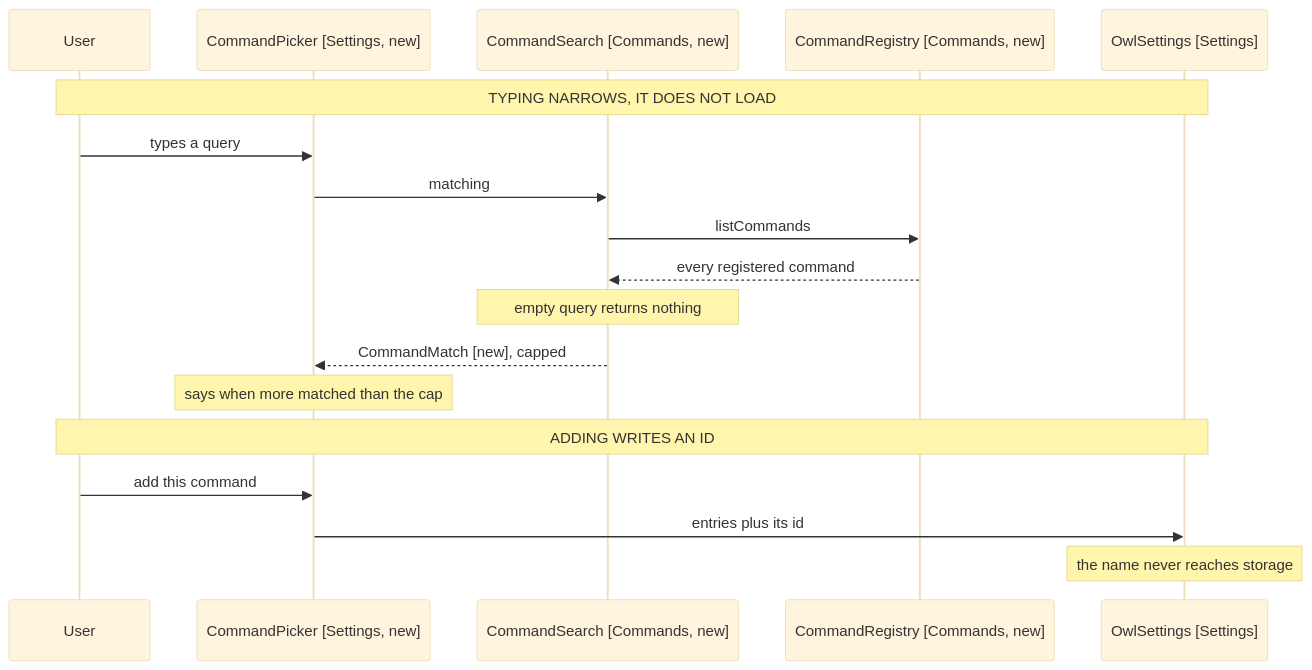
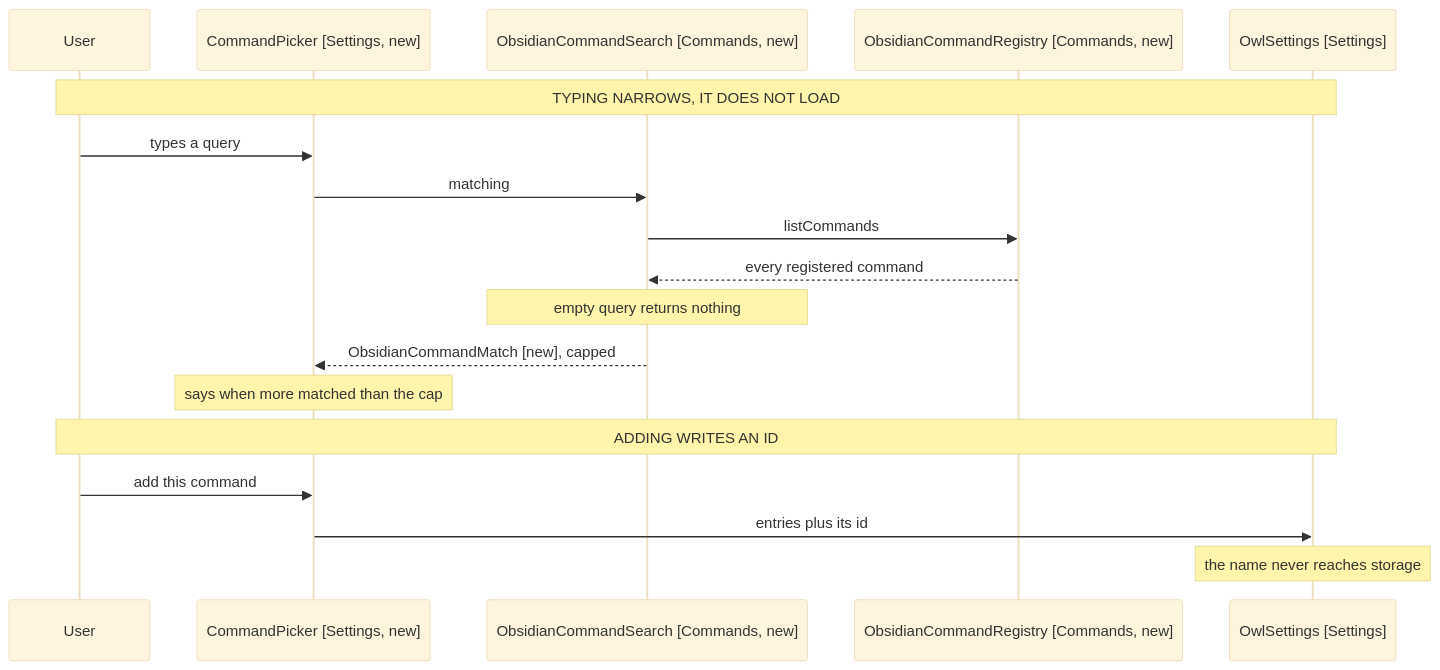
Before and after one commit to iparips/obsidian-owl: the second of 2 diagrams in docs/spec/5-settings-command-picker/3-component-design.md, drawn with Mermaid (base theme). The commit also changed other lines of this file and 71 other files, not shown here.

````diff
--- a/docs/spec/5-settings-command-picker/3-component-design.md
+++ b/docs/spec/5-settings-command-picker/3-component-design.md
@@ -124,22 +124,22 @@
 ```mermaid
 sequenceDiagram
     participant User as User
     participant Picker as CommandPicker [Settings, new]
-    participant Search as CommandSearch [Commands, new]
-    participant Registry as CommandRegistry [Commands, new]
+    participant Search as ObsidianCommandSearch [Commands, new]
+    participant Registry as ObsidianCommandRegistry [Commands, new]
     participant Settings as OwlSettings [Settings]
 
     Note over User,Settings: TYPING NARROWS, IT DOES NOT LOAD
     User->>Picker: types a query
     Picker->>Search: matching
     Search->>Registry: listCommands
     Registry-->>Search: every registered command
     Note over Search: empty query returns nothing
-    Search-->>Picker: CommandMatch [new], capped
+    Search-->>Picker: ObsidianCommandMatch [new], capped
     Note over Picker: says when more matched than the cap
 
     Note over User,Settings: ADDING WRITES AN ID
     User->>Picker: add this command
     Picker->>Settings: entries plus its id
     Note over Settings: the name never reaches storage
 ```
````
